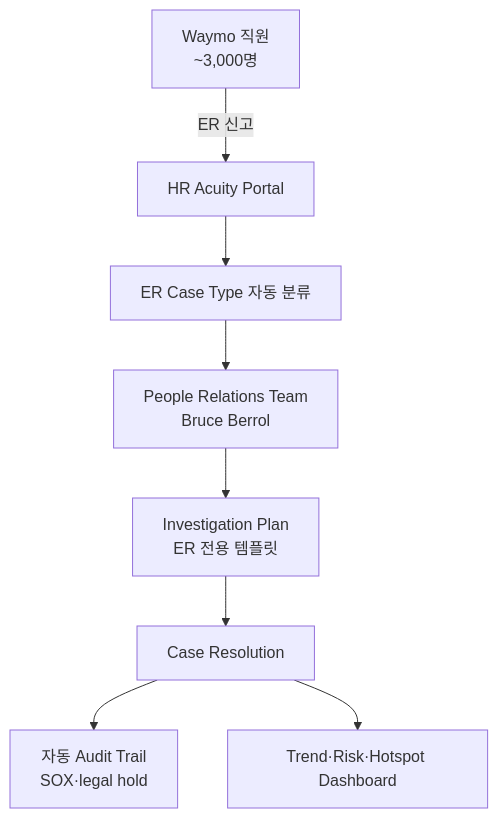
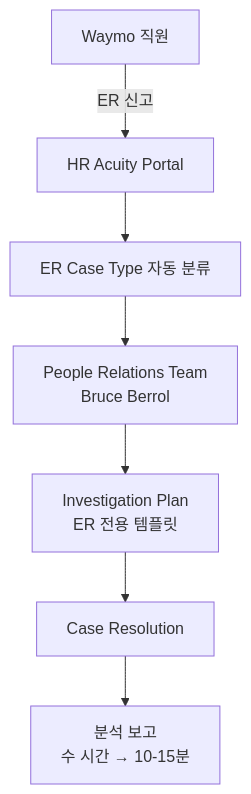
Before and after one commit to jameskim1st/hr-ai-benchmark: the diagram in wiki/usecases/waymo-hr-acuity-er-case-management.md, drawn with Mermaid. The commit also changed other lines of this file and 222 other files, not shown here.

````diff
--- a/wiki/usecases/waymo-hr-acuity-er-case-management.md
+++ b/wiki/usecases/waymo-hr-acuity-er-case-management.md
@@ -96,10 +96,9 @@
 ```mermaid
 flowchart TB
-    Emp[Waymo 직원<br/>~3,000명] -->|ER 신고| HRA[HR Acuity Portal]
+    Emp[Waymo 직원] -->|ER 신고| HRA[HR Acuity Portal]
     HRA --> Class[ER Case Type 자동 분류]
     Class --> ER[People Relations Team<br/>Bruce Berrol]
     ER --> Plan[Investigation Plan<br/>ER 전용 템플릿]
     Plan --> Resolution[Case Resolution]
-    Resolution --> Audit[자동 Audit Trail<br/>SOX·legal hold]
-    Resolution --> Report[Trend·Risk·Hotspot Dashboard]
+    Resolution --> Report[분석 보고<br/>수 시간 → 10-15분]
 ```
````
